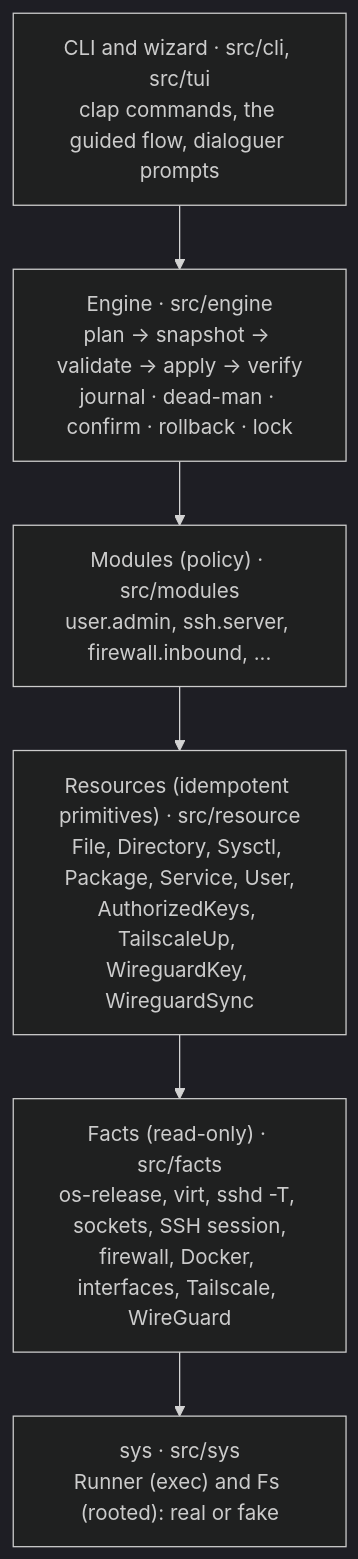
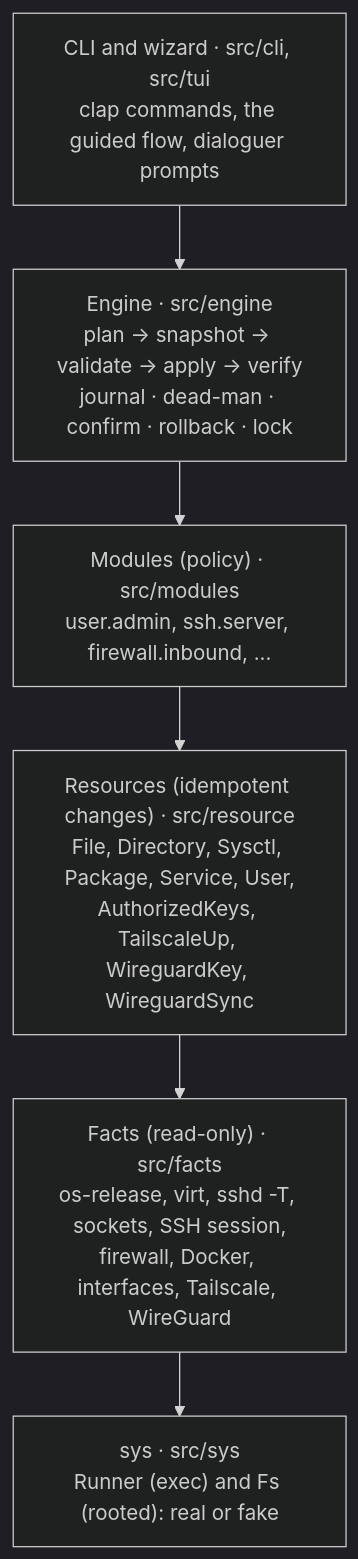
One commit to bhimrazy/vps-ready changed the first of 3 diagrams in docs/design.md. Above: the diagram before and after it, drawn with Mermaid (dark theme). The commit also changed other lines of this file and 2 other files, not shown here.

````diff
--- a/docs/design.md
+++ b/docs/design.md
@@ -59,10 +59,10 @@
 ```mermaid
 flowchart TB
   cli["CLI and wizard · src/cli, src/tui<br/>clap commands, the guided flow, dialoguer prompts"]
   engine["Engine · src/engine<br/>plan → snapshot → validate → apply → verify<br/>journal · dead-man · confirm · rollback · lock"]
   modules["Modules (policy) · src/modules<br/>user.admin, ssh.server, firewall.inbound, ..."]
-  resources["Resources (idempotent primitives) · src/resource<br/>File, Directory, Sysctl, Package, Service, User,<br/>AuthorizedKeys, TailscaleUp, WireguardKey, WireguardSync"]
+  resources["Resources (idempotent changes) · src/resource<br/>File, Directory, Sysctl, Package, Service, User,<br/>AuthorizedKeys, TailscaleUp, WireguardKey, WireguardSync"]
   facts["Facts (read-only) · src/facts<br/>os-release, virt, sshd -T, sockets, SSH session,<br/>firewall, Docker, interfaces, Tailscale, WireGuard"]
   sys["sys · src/sys<br/>Runner (exec) and Fs (rooted): real or fake"]
   cli --> engine --> modules --> resources --> facts --> sys
 ```
````
